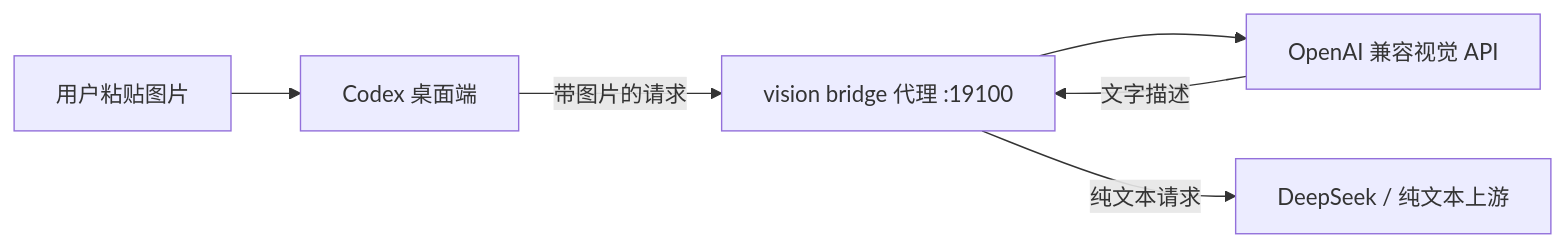
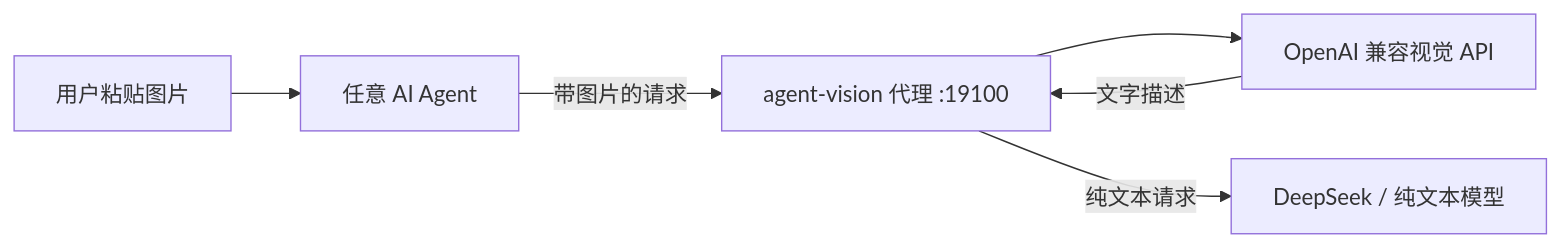
One commit to SIMON-WORLD/agent-vision changed the diagram in README.zh-CN.md. Above: the diagram before and after it, drawn with Mermaid. The commit also changed other lines of this file and 25 other files, not shown here.

````diff
--- a/README.zh-CN.md
+++ b/README.zh-CN.md
@@ -24,8 +44,8 @@
 ```mermaid
 flowchart LR
-  U[用户粘贴图片] --> C[Codex 桌面端]
-  C -->|带图片的请求| P[vision bridge 代理 :19100]
+  U[用户粘贴图片] --> A[任意 AI Agent]
+  A -->|带图片的请求| P[agent-vision 代理 :19100]
   P --> V[OpenAI 兼容视觉 API]
   V -->|文字描述| P
-  P -->|纯文本请求| D[DeepSeek / 纯文本上游]
+  P -->|纯文本请求| M[DeepSeek / 纯文本模型]
 ```
````
